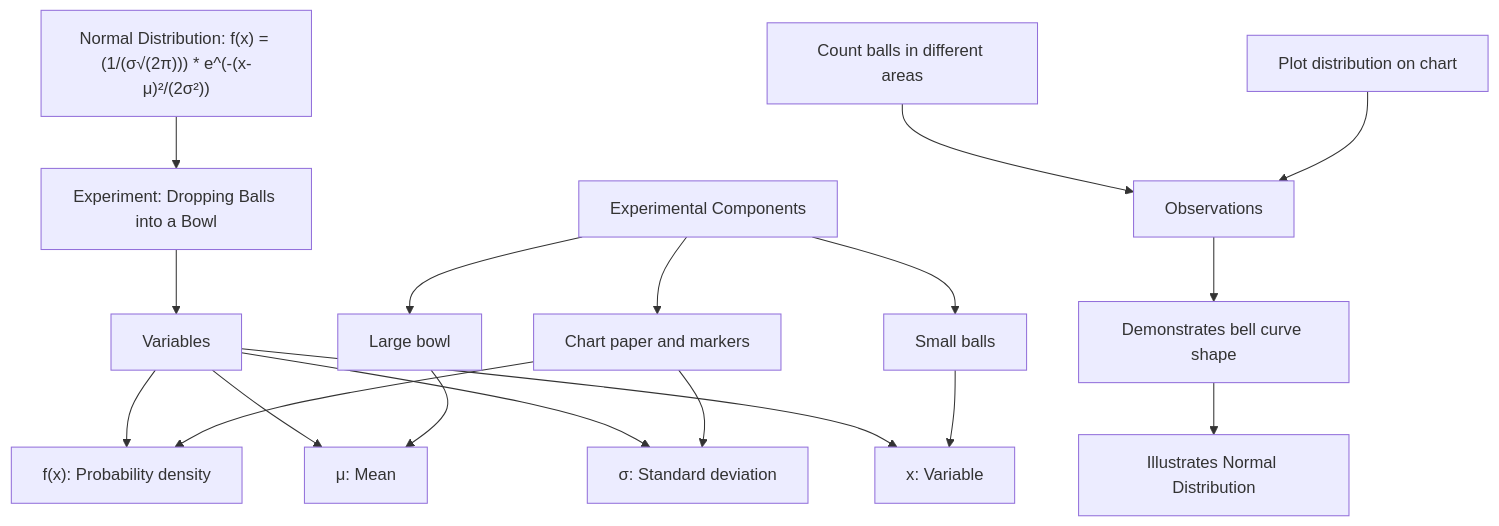
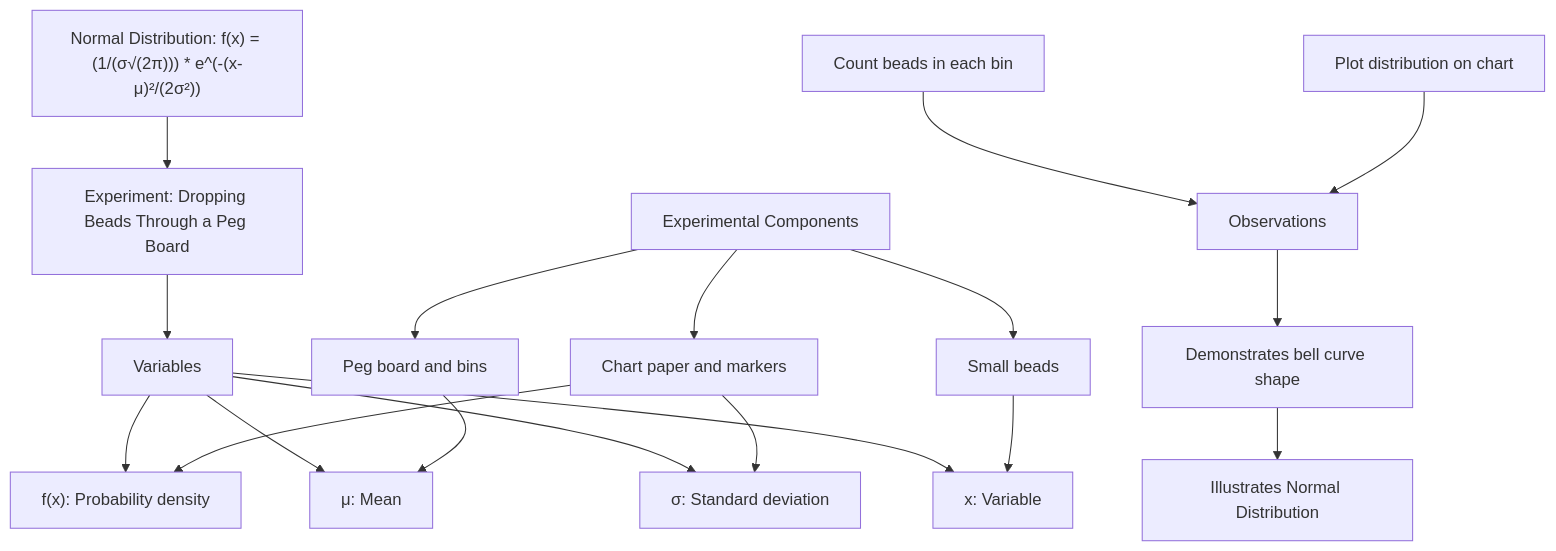
Before and after one commit to Josh-XT/math: the ninth of 35 diagrams in README.md, drawn with Mermaid. The commit also changed other lines of this file, not shown here.

````diff
--- a/README.md
+++ b/README.md
@@ -937,25 +941,25 @@
 ```mermaid
 graph TD
-    A["Normal Distribution: f(x) = (1/(σ√(2π))) * e^(-(x-μ)²/(2σ²))"] --> B["Experiment: Dropping Balls into a Bowl"]
+    A["Normal Distribution: f(x) = (1/(σ√(2π))) * e^(-(x-μ)²/(2σ²))"] --> B["Experiment: Dropping Beads Through a Peg Board"]
     B --> C["Variables"]
     C --> D["f(x): Probability density"]
     C --> E["μ: Mean"]
     C --> F["σ: Standard deviation"]
     C --> G["x: Variable"]
     
-    H["Experimental Components"] --> I["Small balls"]
-    H --> J["Large bowl"]
+    H["Experimental Components"] --> I["Small beads"]
+    H --> J["Peg board and bins"]
     H --> K["Chart paper and markers"]
     
     I --> G
     J --> E
     K --> D
     K --> F
     
     L["Observations"]
-    M["Count balls in different areas"] --> L
+    M["Count beads in each bin"] --> L
     N["Plot distribution on chart"] --> L
     
     L --> O["Demonstrates bell curve shape"]
     O --> P["Illustrates Normal Distribution"]
 ```
````
